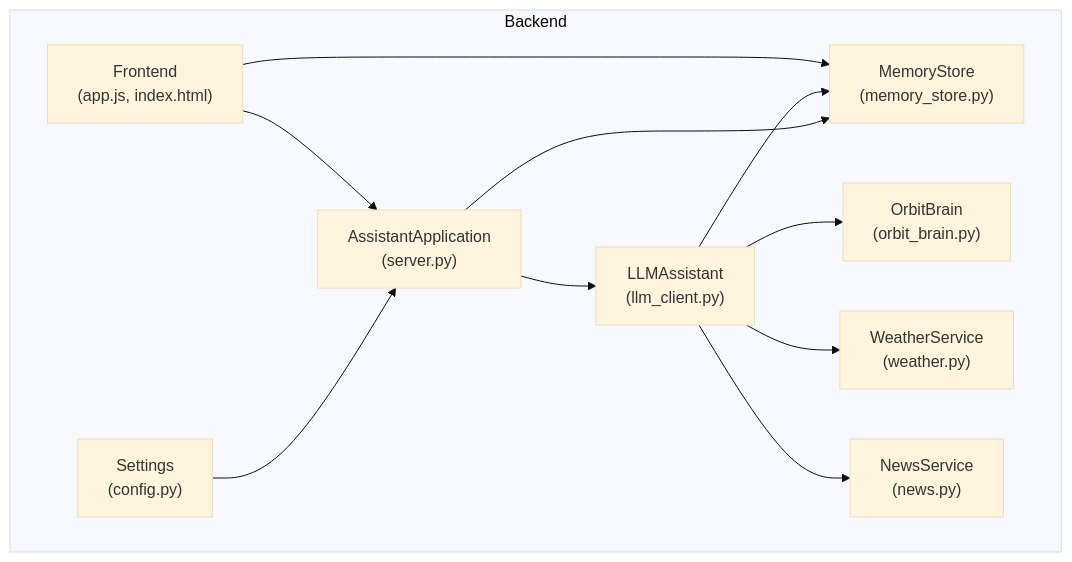
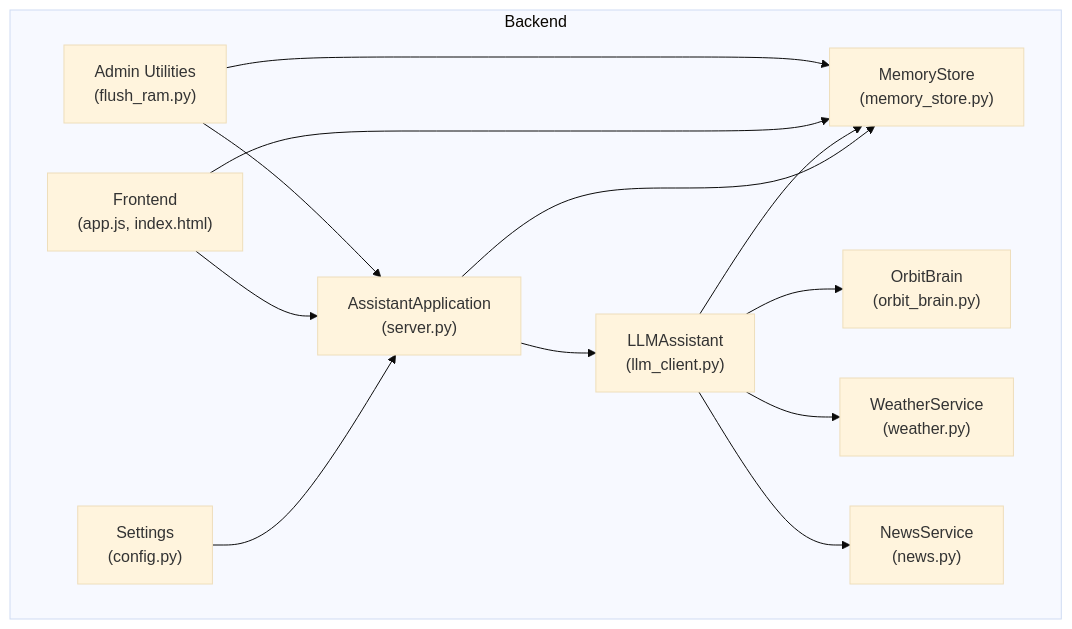
Before and after one commit to Sovetsky-Soyuz/AI-Assistant: the first of 11 diagrams in .qoder/repowiki/en/content/Backend Components/AI Assistant Engine/Memory Integration and Data Persistence.md, drawn with Mermaid (base theme). The commit also changed other lines of this file and 15 other files, not shown here.

````diff
--- a/.qoder/repowiki/en/content/Backend Components/AI Assistant Engine/Memory Integration and Data Persistence.md
+++ b/.qoder/repowiki/en/content/Backend Components/AI Assistant Engine/Memory Integration and Data Persistence.md
@@ -51,22 +55,25 @@
 ```mermaid
 graph TB
 subgraph "Backend"
 CFG["Settings<br/>(config.py)"]
 SRV["AssistantApplication<br/>(server.py)"]
 MS["MemoryStore<br/>(memory_store.py)"]
 OB["OrbitBrain<br/>(orbit_brain.py)"]
 LLM["LLMAssistant<br/>(llm_client.py)"]
 W["WeatherService<br/>(weather.py)"]
 N["NewsService<br/>(news.py)"]
 END["Frontend<br/>(app.js, index.html)"]
+ADMIN["Admin Utilities<br/>(flush_ram.py)"]
 end
 CFG --> SRV
 SRV --> MS
 SRV --> LLM
 LLM --> OB
 LLM --> MS
 LLM --> W
 LLM --> N
 END --> SRV
 END --> MS
+ADMIN --> SRV
+ADMIN --> MS
 ```
````
